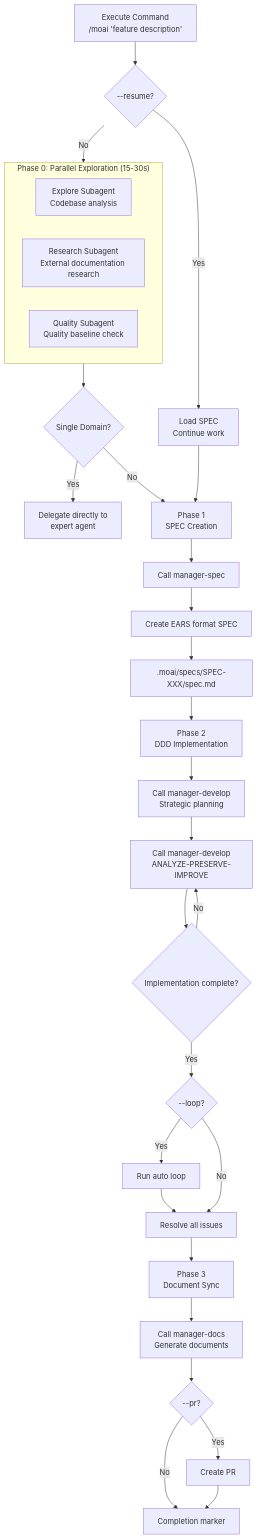
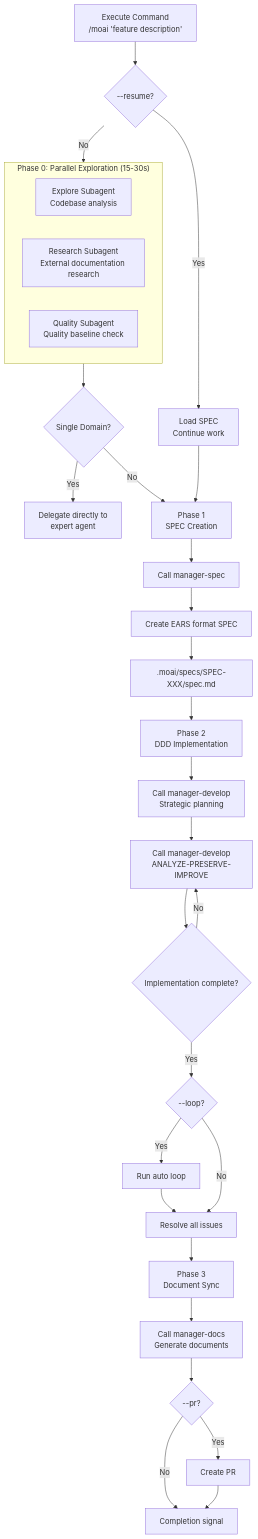
The diagram in docs-site/content/en/utility-commands/moai.md (modu-ai/moai-adk), drawn with Mermaid before and after one commit. The commit also changed 17 other files, not shown here.

First line of the commit message:
feat(SPEC-COMPLETION-MARKER-RETIRE-001): M5 docs-site 4-locale content marker removal (17 files)

````diff
--- a/docs-site/content/en/utility-commands/moai.md
+++ b/docs-site/content/en/utility-commands/moai.md
@@ -154,41 +154,41 @@
 ```mermaid
 flowchart TD
     A["Execute Command<br/>/moai 'feature description'"] --> B{--resume?}
     B -->|Yes| C["Load SPEC<br/>Continue work"]
     B -->|No| D["Phase 0<br/>Parallel Exploration"]
 
     subgraph D["Phase 0: Parallel Exploration (15-30s)"]
         D1["Explore Subagent<br/>Codebase analysis"]
         D2["Research Subagent<br/>External documentation research"]
         D3["Quality Subagent<br/>Quality baseline check"]
     end
 
     D --> E{"Single Domain?"}
     E -->|Yes| F["Delegate directly to<br/>expert agent"]
     E -->|No| G["Continue Phase 1"]
 
     C --> G["Phase 1<br/>SPEC Creation"]
     G --> H["Call manager-spec"]
     H --> I["Create EARS format SPEC"]
     I --> J[".moai/specs/SPEC-XXX/spec.md"]
 
     J --> K["Phase 2<br/>DDD Implementation"]
 
     K --> L["Call manager-develop<br/>Strategic planning"]
     L --> M["Call manager-develop<br/>ANALYZE-PRESERVE-IMPROVE"]
     M --> N{"Implementation complete?"}
     N -->|No| M
     N -->|Yes| O{"--loop?"}
 
     O -->|Yes| P["Run auto loop"]
     P --> Q["Resolve all issues"]
     O -->|No| Q
 
     Q --> R["Phase 3<br/>Document Sync"]
 
     R --> S["Call manager-docs<br/>Generate documents"]
     S --> T{"--pr?"}
     T -->|Yes| U["Create PR"]
-    T -->|No| V["Completion marker"]
+    T -->|No| V["Completion signal"]
     U --> V
 ```
````
